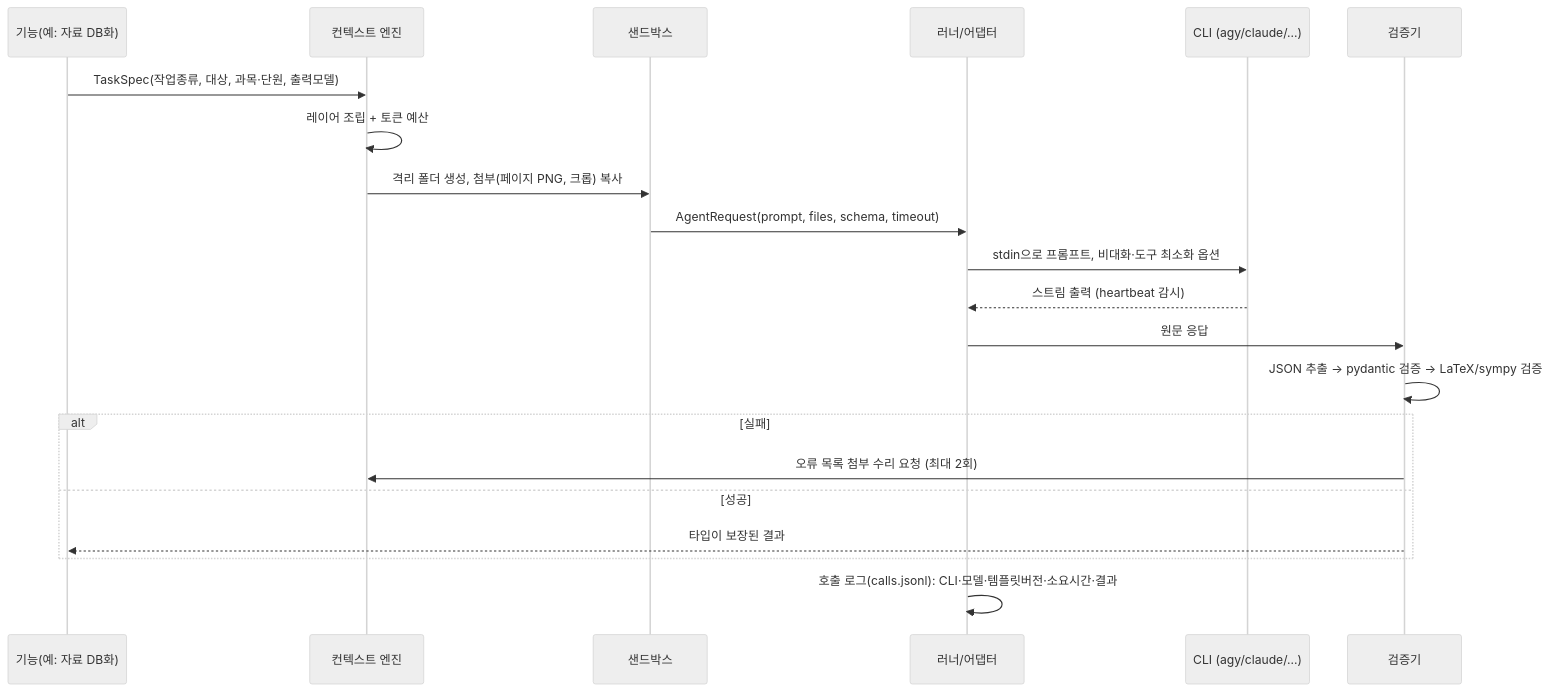
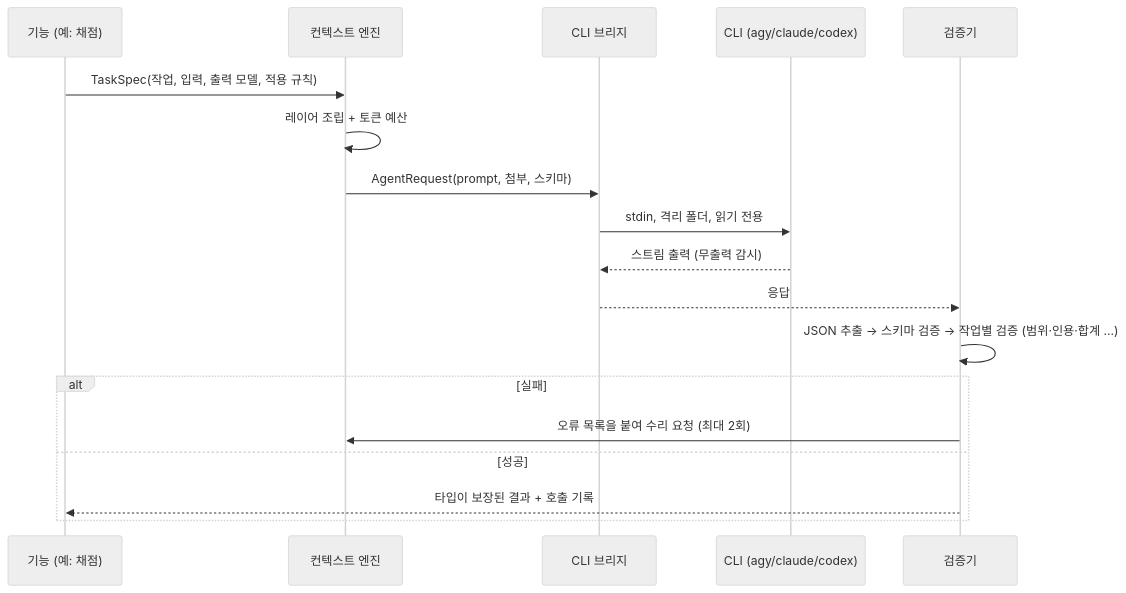
Before and after one commit to cherryopener/Dawoni: the second of 4 diagrams in PLAN.md, drawn with Mermaid (neutral theme). The commit also changed other lines of this file and 1 other file, not shown here.

````diff
--- a/PLAN.md
+++ b/PLAN.md
@@ -185,24 +190,21 @@
 ```mermaid
 sequenceDiagram
-    participant F as 기능(예: 자료 DB화)
+    participant F as 기능 (예: 채점)
     participant C as 컨텍스트 엔진
-    participant S as 샌드박스
-    participant R as 러너/어댑터
-    participant AI as CLI (agy/claude/…)
+    participant R as CLI 브리지
+    participant AI as CLI (agy/claude/codex)
     participant V as 검증기
 
-    F->>C: TaskSpec(작업종류, 대상, 과목·단원, 출력모델)
+    F->>C: TaskSpec(작업, 입력, 출력 모델, 적용 규칙)
     C->>C: 레이어 조립 + 토큰 예산
-    C->>S: 격리 폴더 생성, 첨부(페이지 PNG, 크롭) 복사
-    S->>R: AgentRequest(prompt, files, schema, timeout)
-    R->>AI: stdin으로 프롬프트, 비대화·도구 최소화 옵션
-    AI-->>R: 스트림 출력 (heartbeat 감시)
-    R->>V: 원문 응답
-    V->>V: JSON 추출 → pydantic 검증 → LaTeX/sympy 검증
+    C->>R: AgentRequest(prompt, 첨부, 스키마)
+    R->>AI: stdin, 격리 폴더, 읽기 전용
+    AI-->>R: 스트림 출력 (무출력 감시)
+    R-->>V: 응답
+    V->>V: JSON 추출 → 스키마 검증 → 작업별 검증 (범위·인용·합계 …)
     alt 실패
-        V->>C: 오류 목록 첨부 수리 요청 (최대 2회)
+        V->>C: 오류 목록을 붙여 수리 요청 (최대 2회)
     else 성공
-        V-->>F: 타입이 보장된 결과
+        V-->>F: 타입이 보장된 결과 + 호출 기록
     end
-    R->>R: 호출 로그(calls.jsonl): CLI·모델·템플릿버전·소요시간·결과
 ```
````
